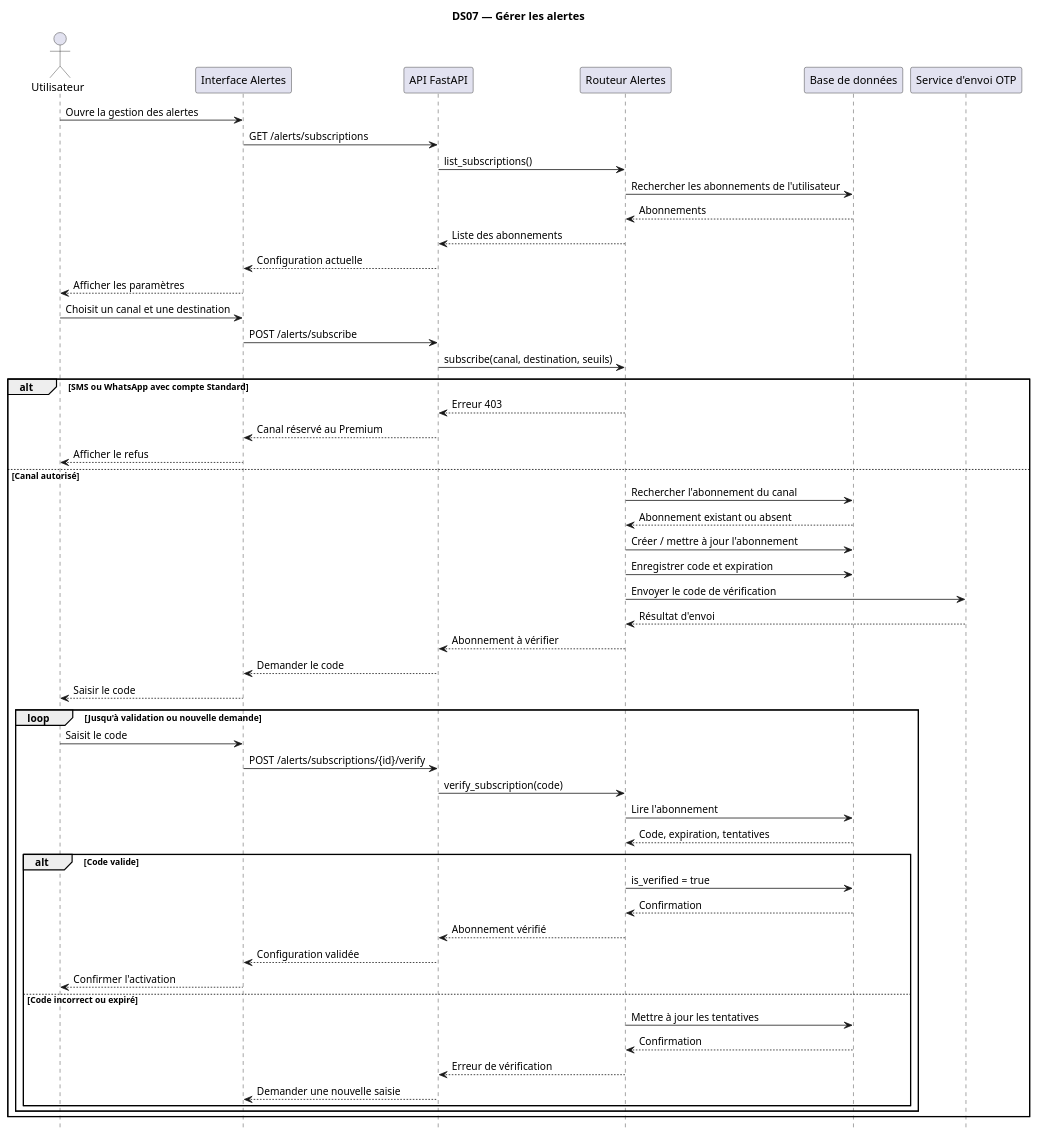
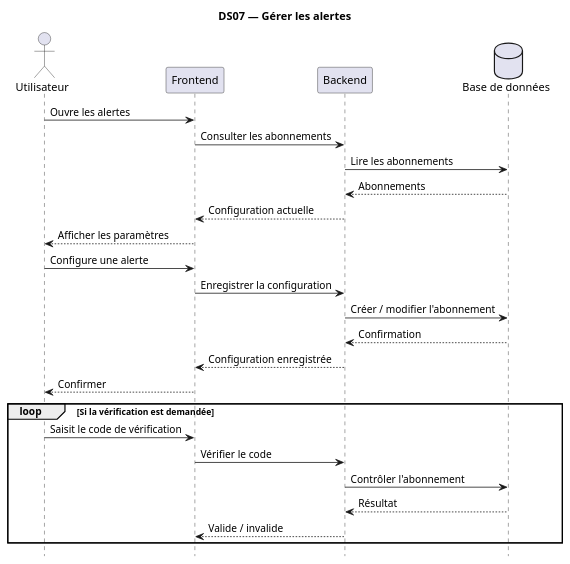
The diagram in UML_JeryMotro/DS07_Gerer_alertes.plantuml (TkAbeleon/NoteAcemiqueProjetSoutenanceL3), drawn with PlantUML before and after one commit.

Commit message:
Alléger DS07 avec les couches principales

```diff
--- a/UML_JeryMotro/DS07_Gerer_alertes.plantuml
+++ b/UML_JeryMotro/DS07_Gerer_alertes.plantuml
@@ -1,63 +1,34 @@
 @startuml
 
 title DS07 — Gérer les alertes
 hide footbox
 skinparam shadowing false
 
 actor "Utilisateur" as U
-participant "Interface Alertes" as I
-participant "API FastAPI" as API
-participant "Routeur Alertes" as A
-participant "Base de données" as DB
-participant "Service d'envoi OTP" as SEND
+participant "Frontend" as F
+participant "Backend" as B
+database "Base de données" as DB
 
-U -> I : Ouvre la gestion des alertes
-I -> API : GET /alerts/subscriptions
-API -> A : list_subscriptions()
-A -> DB : Rechercher les abonnements de l'utilisateur
-DB --> A : Abonnements
-A --> API : Liste des abonnements
-API --> I : Configuration actuelle
-I --> U : Afficher les paramètres
+U -> F : Ouvre les alertes
+F -> B : Consulter les abonnements
+B -> DB : Lire les abonnements
+DB --> B : Abonnements
+B --> F : Configuration actuelle
+F --> U : Afficher les paramètres
 
-U -> I : Choisit un canal et une destination
-I -> API : POST /alerts/subscribe
-API -> A : subscribe(canal, destination, seuils)
+U -> F : Configure une alerte
+F -> B : Enregistrer la configuration
+B -> DB : Créer / modifier l'abonnement
+DB --> B : Confirmation
+B --> F : Configuration enregistrée
+F --> U : Confirmer
 
-alt SMS ou WhatsApp avec compte Standard
-    A --> API : Erreur 403
-    API --> I : Canal réservé au Premium
-    I --> U : Afficher le refus
-else Canal autorisé
-    A -> DB : Rechercher l'abonnement du canal
-    DB --> A : Abonnement existant ou absent
-    A -> DB : Créer / mettre à jour l'abonnement
-    A -> DB : Enregistrer code et expiration
-    A -> SEND : Envoyer le code de vérification
-    SEND --> A : Résultat d'envoi
-    A --> API : Abonnement à vérifier
-    API --> I : Demander le code
-    I --> U : Saisir le code
-
-    loop Jusqu'à validation ou nouvelle demande
-        U -> I : Saisit le code
-        I -> API : POST /alerts/subscriptions/{id}/verify
-        API -> A : verify_subscription(code)
-        A -> DB : Lire l'abonnement
-        DB --> A : Code, expiration, tentatives
-        alt Code valide
-            A -> DB : is_verified = true
-            DB --> A : Confirmation
-            A --> API : Abonnement vérifié
-            API --> I : Configuration validée
-            I --> U : Confirmer l'activation
-        else Code incorrect ou expiré
-            A -> DB : Mettre à jour les tentatives
-            DB --> A : Confirmation
-            A --> API : Erreur de vérification
-            API --> I : Demander une nouvelle saisie
-        end
-    end
+loop Si la vérification est demandée
+    U -> F : Saisit le code de vérification
+    F -> B : Vérifier le code
+    B -> DB : Contrôler l'abonnement
+    DB --> B : Résultat
+    B --> F : Valide / invalide
 end
 
 @enduml
```
